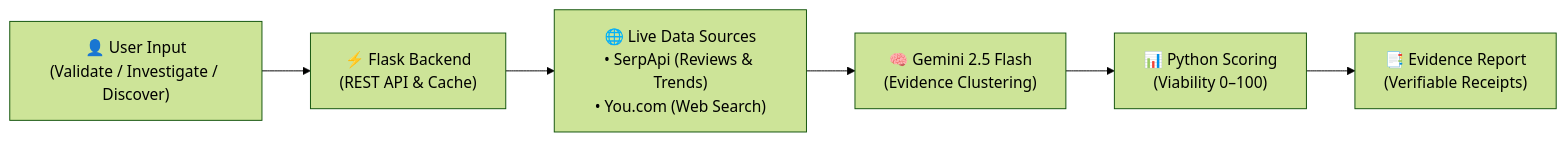
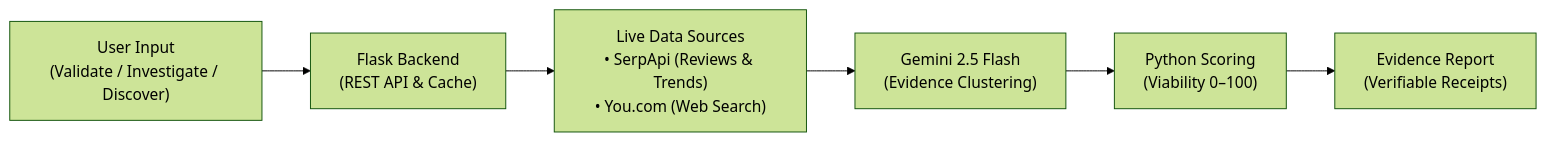
Before and after one commit to Vivekh22/Paytm_Beyond_API: the diagram in README.md, drawn with Mermaid (forest theme). The commit also changed other lines of this file, not shown here.

Commit message:
Refactor system architecture section in README
Updated system architecture section to remove emojis and improve clarity.

````diff
--- a/README.md
+++ b/README.md
@@ -71,8 +71,8 @@
 ```mermaid
 flowchart LR
-    A["👤 User Input\n(Validate / Investigate / Discover)"] --> B["⚡ Flask Backend\n(REST API & Cache)"]
-    B --> C["🌐 Live Data Sources\n• SerpApi (Reviews & Trends)\n• You.com (Web Search)"]
-    C --> D["🧠 Gemini 2.5 Flash\n(Evidence Clustering)"]
-    D --> E["📊 Python Scoring\n(Viability 0–100)"]
-    E --> F["📑 Evidence Report\n(Verifiable Receipts)"]
+    A["User Input\n(Validate / Investigate / Discover)"] --> B["Flask Backend\n(REST API & Cache)"]
+    B --> C["Live Data Sources\n• SerpApi (Reviews & Trends)\n• You.com (Web Search)"]
+    C --> D["Gemini 2.5 Flash\n(Evidence Clustering)"]
+    D --> E["Python Scoring\n(Viability 0–100)"]
+    E --> F["Evidence Report\n(Verifiable Receipts)"]
 ```
````
